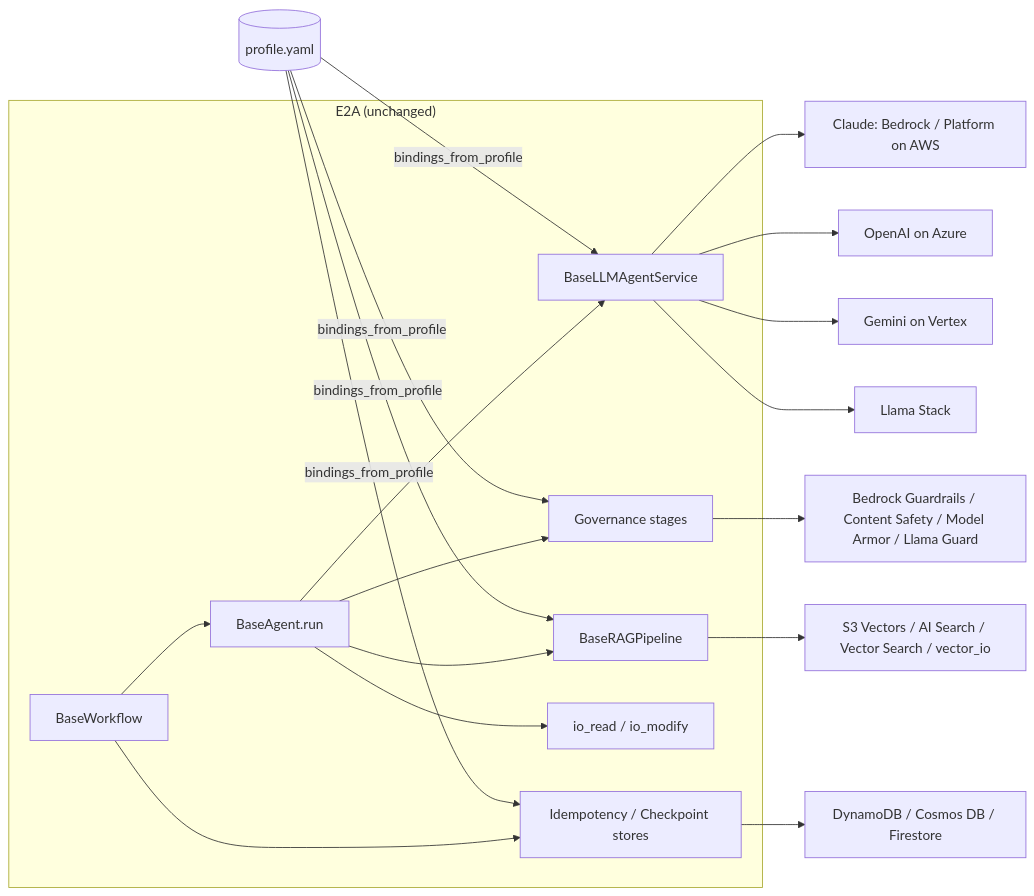
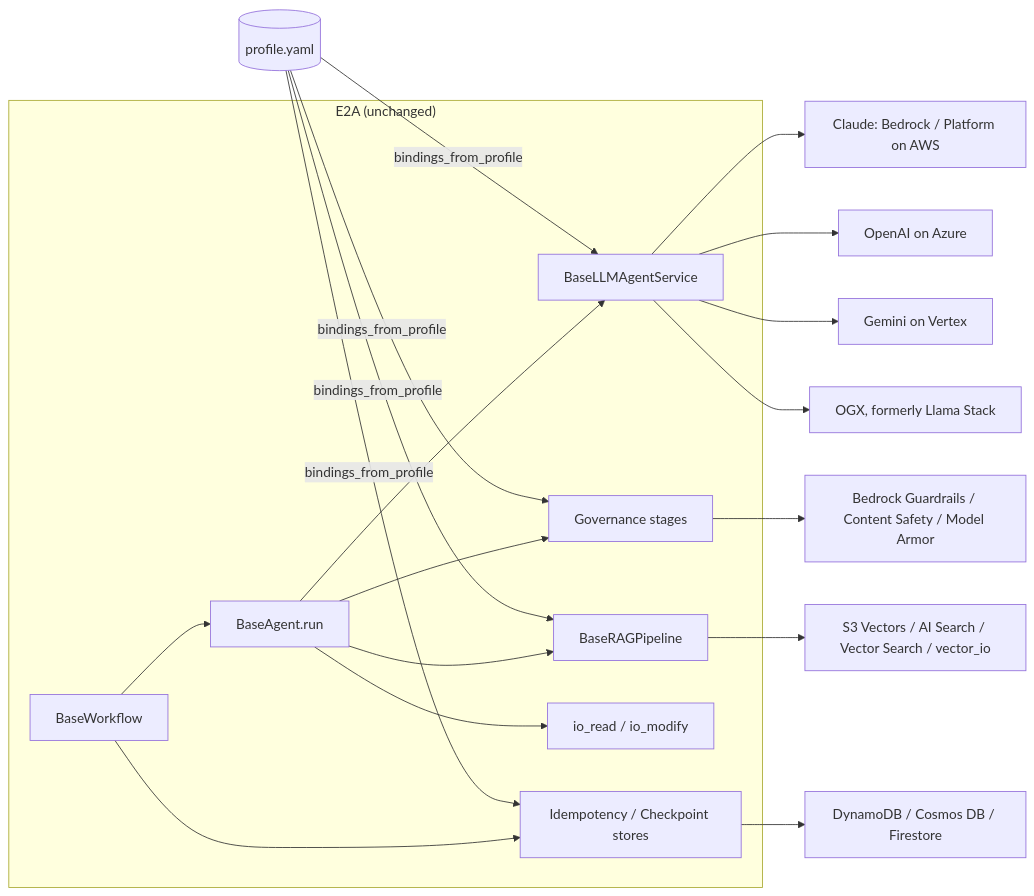
The diagram in docs/ARCHITECTURE.md (subhamviky/e2a-managed-providers), drawn with Mermaid before and after one commit. The commit also changed other lines of this file and 45 other files, not shown here.

First line of the commit message:
provider(ogx): migrate the Llama profile to OGX 1.x as ogx_aws

````diff
--- a/docs/ARCHITECTURE.md
+++ b/docs/ARCHITECTURE.md
@@ -10,19 +10,19 @@
 ```mermaid
 flowchart LR
   subgraph E2A["E2A (unchanged)"]
     WF[BaseWorkflow] --> AG[BaseAgent.run]
     AG --> GOV[Governance stages]
     AG --> LLM[BaseLLMAgentService]
     AG --> RAG[BaseRAGPipeline]
     AG --> TOOLS[io_read / io_modify]
     WF --> STORE[Idempotency / Checkpoint stores]
   end
   P[(profile.yaml)] -->|bindings_from_profile| LLM & RAG & GOV & STORE
   LLM --> A[Claude: Bedrock / Platform on AWS]
   LLM --> O[OpenAI on Azure]
   LLM --> G[Gemini on Vertex]
-  LLM --> M[Llama Stack]
-  GOV --> GR[Bedrock Guardrails / Content Safety / Model Armor / Llama Guard]
+  LLM --> M[OGX, formerly Llama Stack]
+  GOV --> GR[Bedrock Guardrails / Content Safety / Model Armor]
   RAG --> V[S3 Vectors / AI Search / Vector Search / vector_io]
   STORE --> S[DynamoDB / Cosmos DB / Firestore]
 ```
````
